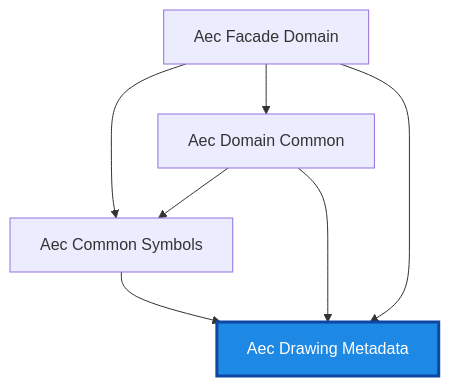
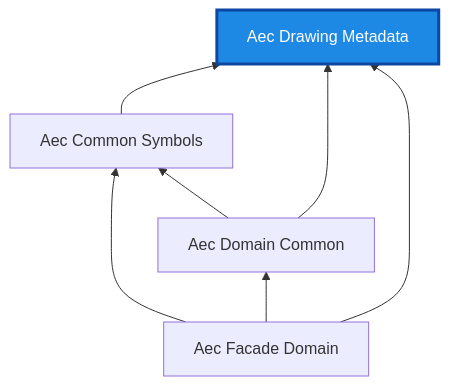
Before and after one commit to BuroHappoldMachineLearning/ADIRO: the diagram in docs/ontologies/aec_drawing_metadata.md, drawn with Mermaid. The commit also changed 5 other files, not shown here.

First line of the commit message:
docs: lay out dependency diagrams base-at-top (graph BT)

````diff
--- a/docs/ontologies/aec_drawing_metadata.md
+++ b/docs/ontologies/aec_drawing_metadata.md
@@ -17,15 +17,15 @@
 ```mermaid
-graph TD
+graph BT
     aec_drawing_metadata["Aec Drawing Metadata"]
     aec_common_symbols["Aec Common Symbols"]
     aec_domain_common["Aec Domain Common"]
     aec_facade_domain["Aec Facade Domain"]
     aec_common_symbols --> aec_drawing_metadata
     aec_domain_common --> aec_common_symbols
     aec_domain_common --> aec_drawing_metadata
     aec_facade_domain --> aec_common_symbols
     aec_facade_domain --> aec_domain_common
     aec_facade_domain --> aec_drawing_metadata
     classDef highlight fill:#1e88e5,stroke:#0d47a1,stroke-width:3px,color:#ffffff;
     class aec_drawing_metadata highlight;
 ```
````
